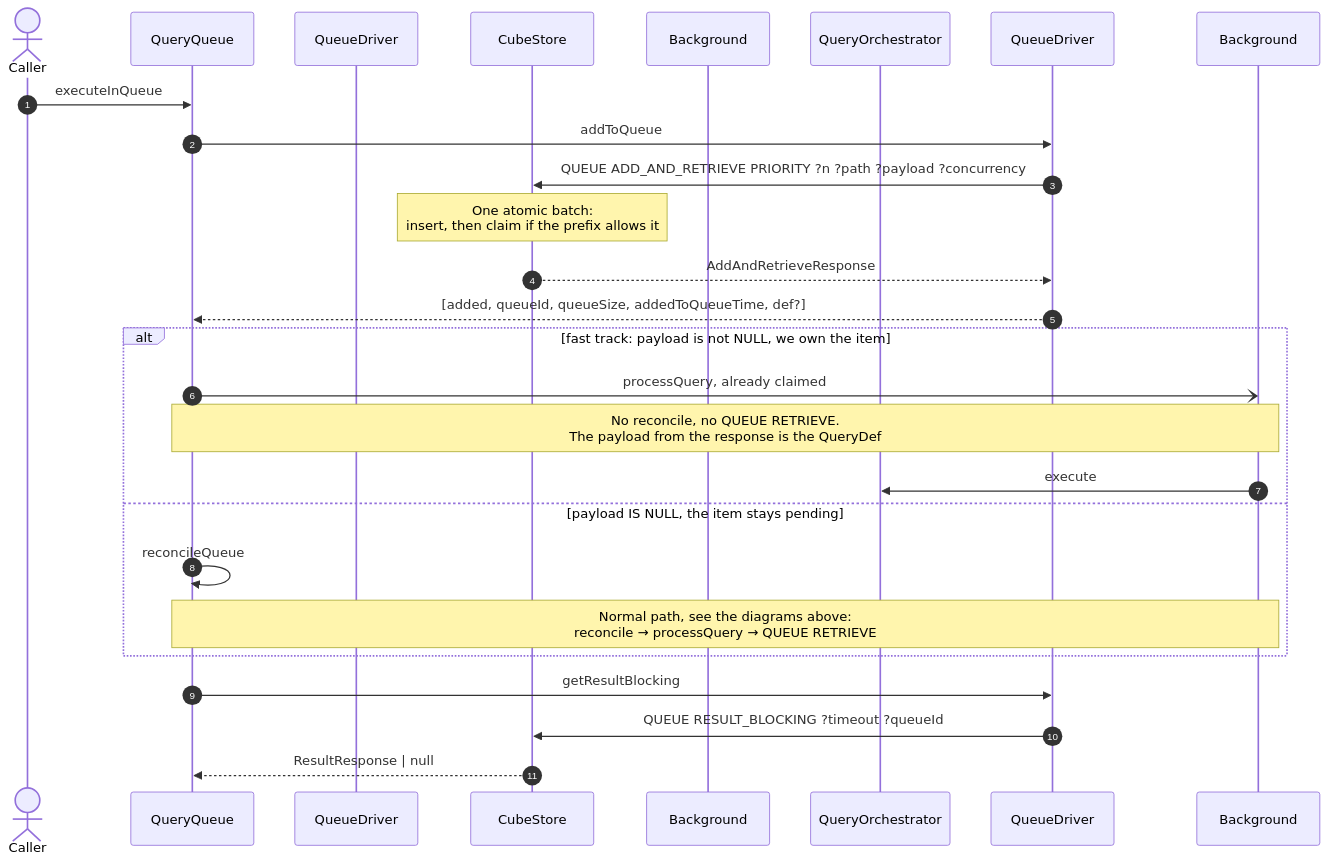
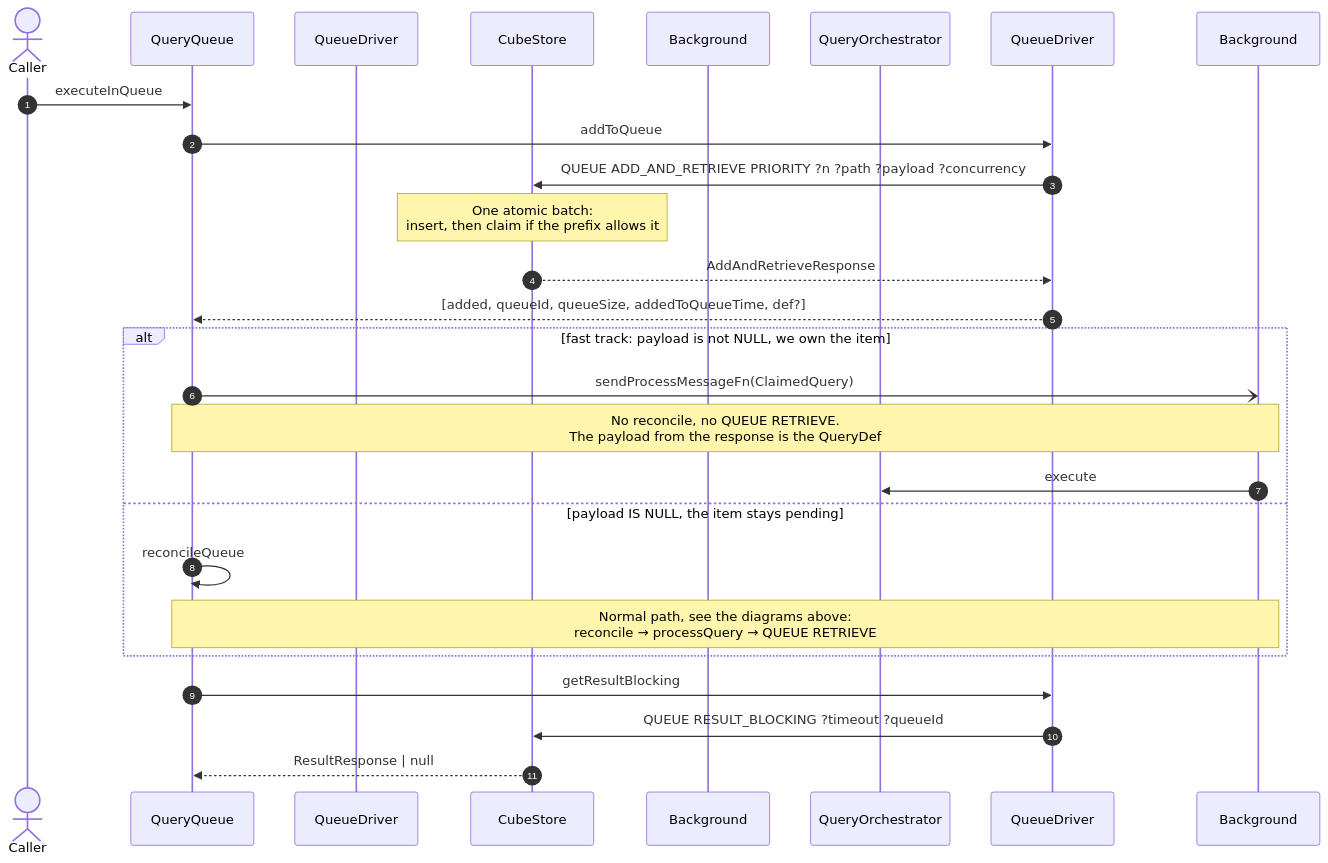
Before and after one commit to cube-js/cube: the fourth of 4 diagrams in packages/cubejs-query-orchestrator/DEVELOPMENT.md, drawn with Mermaid. The commit also changed other lines of this file and 2 other files, not shown here.

````diff
--- a/packages/cubejs-query-orchestrator/DEVELOPMENT.md
+++ b/packages/cubejs-query-orchestrator/DEVELOPMENT.md
@@ -249,31 +276,31 @@
 ```mermaid
 sequenceDiagram
     autonumber
     actor Caller
     participant QueryQueue
     participant QueueDriverInterface as QueueDriver
     participant CubeStore
     participant BackgroundQueryQueue as Background
     participant QueryOrchestrator
 
     Caller->>QueryQueue: executeInQueue
     QueryQueue->>QueueDriver: addToQueue
 
     QueueDriver->>CubeStore: QUEUE ADD_AND_RETRIEVE PRIORITY ?n ?path ?payload ?concurrency
     Note over CubeStore: One atomic batch:<br/>insert, then claim if the prefix allows it
     CubeStore-->>QueueDriver: AddAndRetrieveResponse
     QueueDriver-->>QueryQueue: [added, queueId, queueSize, addedToQueueTime, def?]
 
     alt fast track: payload is not NULL, we own the item
-        QueryQueue-)Background: processQuery, already claimed
+        QueryQueue-)Background: sendProcessMessageFn(ClaimedQuery)
         Note over QueryQueue,Background: No reconcile, no QUEUE RETRIEVE.<br/>The payload from the response is the QueryDef
         Background->>QueryOrchestrator: execute
     else payload IS NULL, the item stays pending
         QueryQueue->>QueryQueue: reconcileQueue
         Note over QueryQueue,Background: Normal path, see the diagrams above:<br/>reconcile → processQuery → QUEUE RETRIEVE
     end
 
     QueryQueue->>QueueDriver: getResultBlocking
     QueueDriver->>CubeStore: QUEUE RESULT_BLOCKING ?timeout ?queueId
     CubeStore-->>QueryQueue: ResultResponse | null
 ```
````
